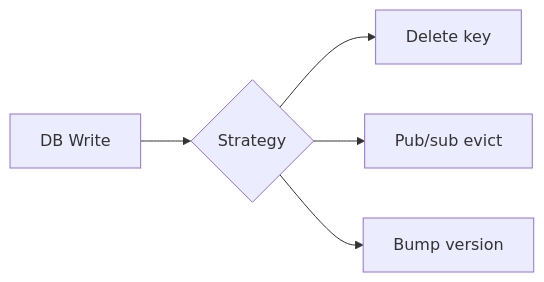
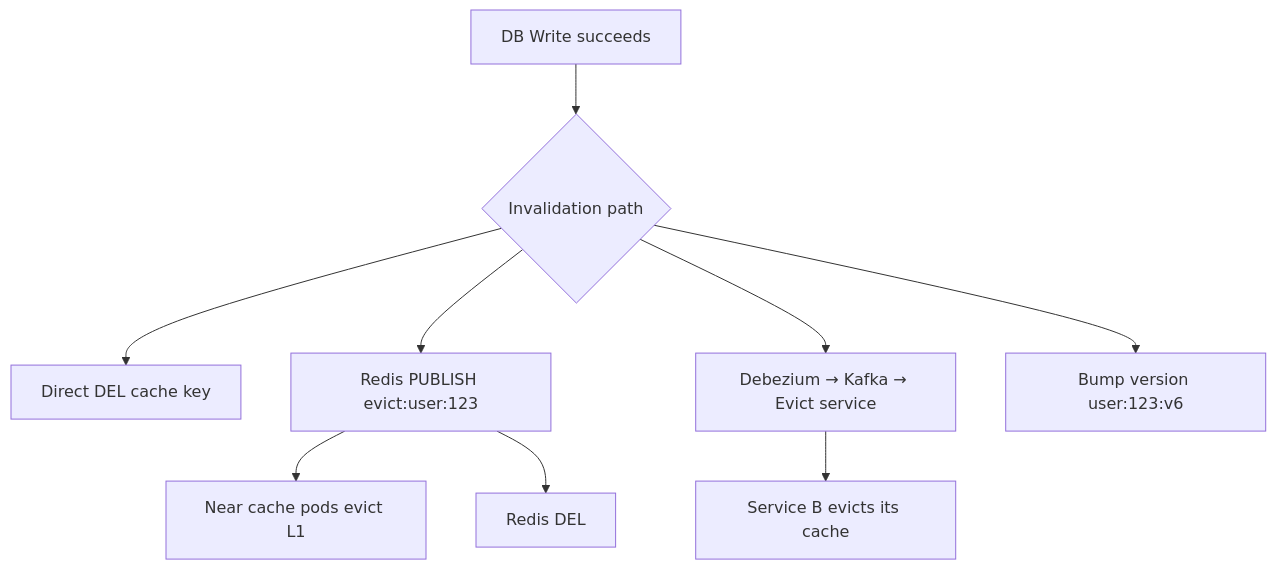
One commit to hareramcse/SystemDesign changed diagram 12 of 19 in 03-caching/README.md. Above: the diagram before and after it, drawn with Mermaid. The commit also changed other lines of this file and 14 other files, not shown here.

````diff
--- a/03-caching/README.md
+++ b/03-caching/README.md
@@ -575,7 +719,11 @@
 ```mermaid
-flowchart LR
-    Write[DB Write] --> Inv{Strategy}
-    Inv --> Del[Delete key]
-    Inv --> Pub[Pub/sub evict]
-    Inv --> Ver[Bump version]
+flowchart TB
+    Write[DB Write succeeds] --> Path{Invalidation path}
+    Path --> Del[Direct DEL cache key]
+    Path --> Pub[Redis PUBLISH evict:user:123]
+    Path --> CDC[Debezium → Kafka → Evict service]
+    Path --> Ver[Bump version user:123:v6]
+    Pub --> L1[Near cache pods evict L1]
+    Pub --> L2[Redis DEL]
+    CDC --> SvcB[Service B evicts its cache]
 ```
````
